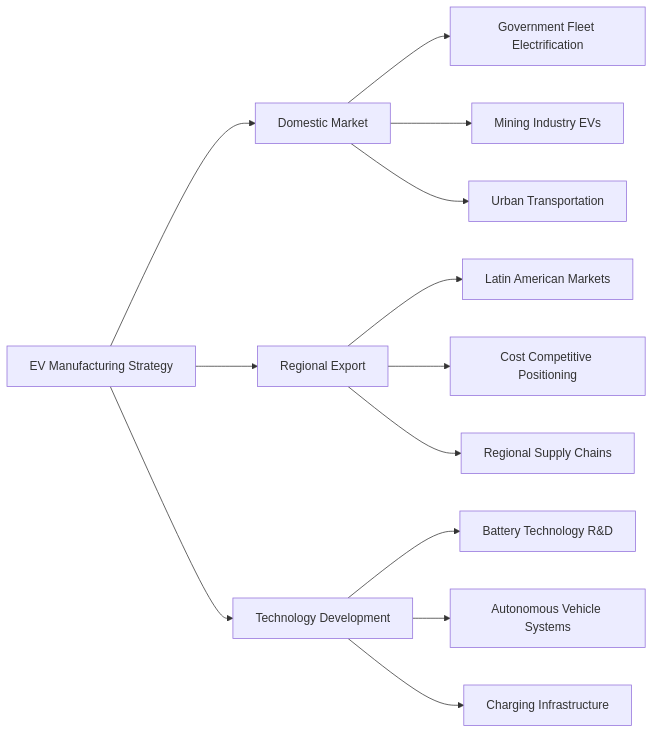
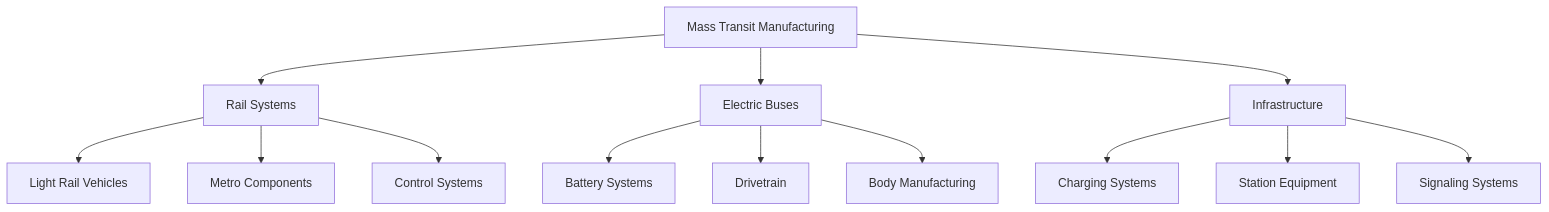
The third of 10 diagrams in docs/sectors/manufacturing.md (MRCORD/Peru2040), drawn with Mermaid before and after one commit. The commit also changed other lines of this file and 7 other files, not shown here.

````diff
--- a/docs/sectors/manufacturing.md
+++ b/docs/sectors/manufacturing.md
@@ -104,18 +127,15 @@
 ```mermaid
-graph LR
-    A[EV Manufacturing Strategy] --> B[Domestic Market]
-    A --> C[Regional Export]
-    A --> D[Technology Development]
-    
-    B --> B1[Government Fleet Electrification]
-    B --> B2[Mining Industry EVs]
-    B --> B3[Urban Transportation]
-    
-    C --> C1[Latin American Markets]
-    C --> C2[Cost Competitive Positioning]
-    C --> C3[Regional Supply Chains]
-    
-    D --> D1[Battery Technology R&D]
-    D --> D2[Autonomous Vehicle Systems]
-    D --> D3[Charging Infrastructure]
+graph TD
+    A[Mass Transit Manufacturing] --> B[Rail Systems]
+    A --> C[Electric Buses]
+    A --> D[Infrastructure]
+    B --> E[Light Rail Vehicles]
+    B --> F[Metro Components]
+    B --> G[Control Systems]
+    C --> H[Battery Systems]
+    C --> I[Drivetrain]
+    C --> J[Body Manufacturing]
+    D --> K[Charging Systems]
+    D --> L[Station Equipment]
+    D --> M[Signaling Systems]
 ```
````
